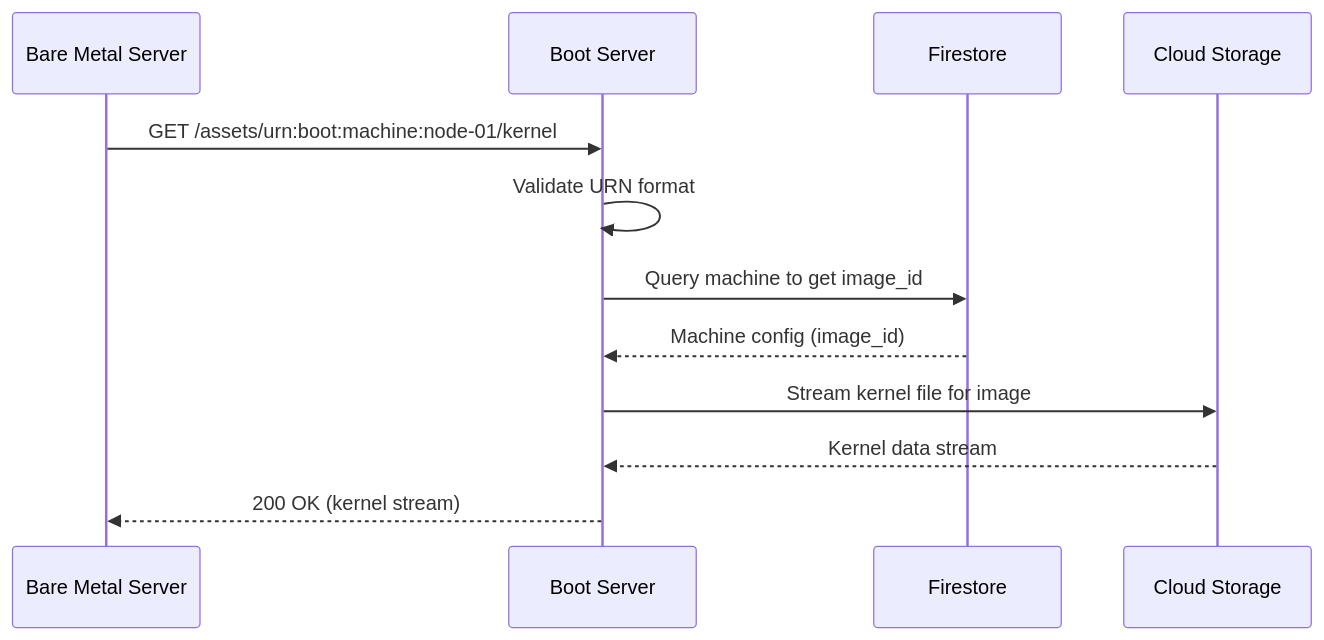
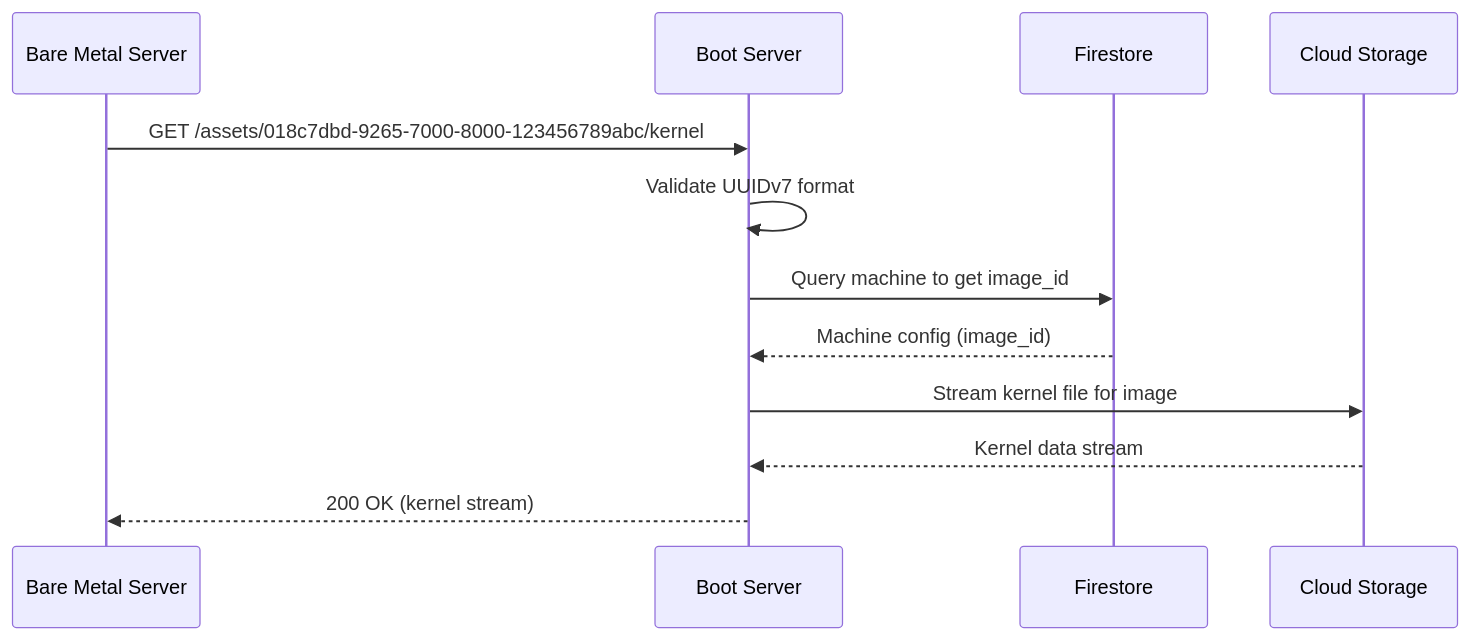
The second of 3 diagrams in docs/content/r&d/services/boot/uefi-boot-endpoints.md (Zaba505/infra), drawn with Mermaid before and after one commit. The commit also changed other lines of this file and 2 other files, not shown here.

````diff
--- a/docs/content/r&d/services/boot/uefi-boot-endpoints.md
+++ b/docs/content/r&d/services/boot/uefi-boot-endpoints.md
@@ -93,15 +93,15 @@
 ```mermaid
 sequenceDiagram
     participant Client as Bare Metal Server
     participant Boot as Boot Server
     participant DB as Firestore
     participant Storage as Cloud Storage
     
-    Client->>Boot: GET /assets/urn:boot:machine:node-01/kernel
-    Boot->>Boot: Validate URN format
+    Client->>Boot: GET /assets/018c7dbd-9265-7000-8000-123456789abc/kernel
+    Boot->>Boot: Validate UUIDv7 format
     Boot->>DB: Query machine to get image_id
     DB-->>Boot: Machine config (image_id)
     Boot->>Storage: Stream kernel file for image
     Storage-->>Boot: Kernel data stream
     Boot-->>Client: 200 OK (kernel stream)
 ```
````
